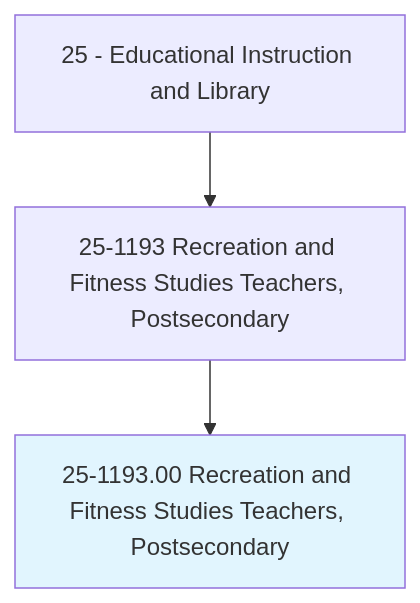
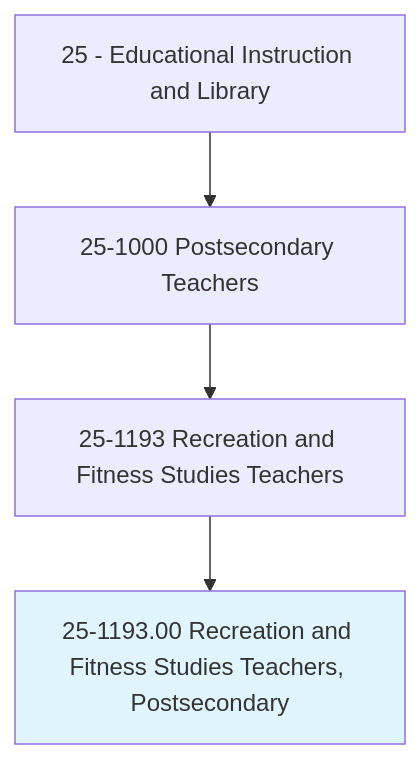
Before and after one commit to kziemski/business.org.ai: the first of 4 diagrams in occupations/Education/RecreationAndFitnessStudiesTeachersPostsecondary.mdx, drawn with Mermaid. The commit also changed other lines of this file and 938 other files, not shown here.

````diff
--- a/occupations/Education/RecreationAndFitnessStudiesTeachersPostsecondary.mdx
+++ b/occupations/Education/RecreationAndFitnessStudiesTeachersPostsecondary.mdx
@@ -19,6 +23,7 @@
 ```mermaid
 graph TD
-    Cat25["25 - Educational Instruction and Library"] --> Group251193["25-1193 Recreation and Fitness Studies Teachers, Postsecondary"]
+    Cat25["25 - Educational Instruction and Library"] --> Group251["25-1000 Postsecondary Teachers"]
+    Group251 --> Group251193["25-1193 Recreation and Fitness Studies Teachers"]
     Group251193 --> Current["25-1193.00 Recreation and Fitness Studies Teachers, Postsecondary"]
     style Current fill:#e1f5fe
 ```
````
